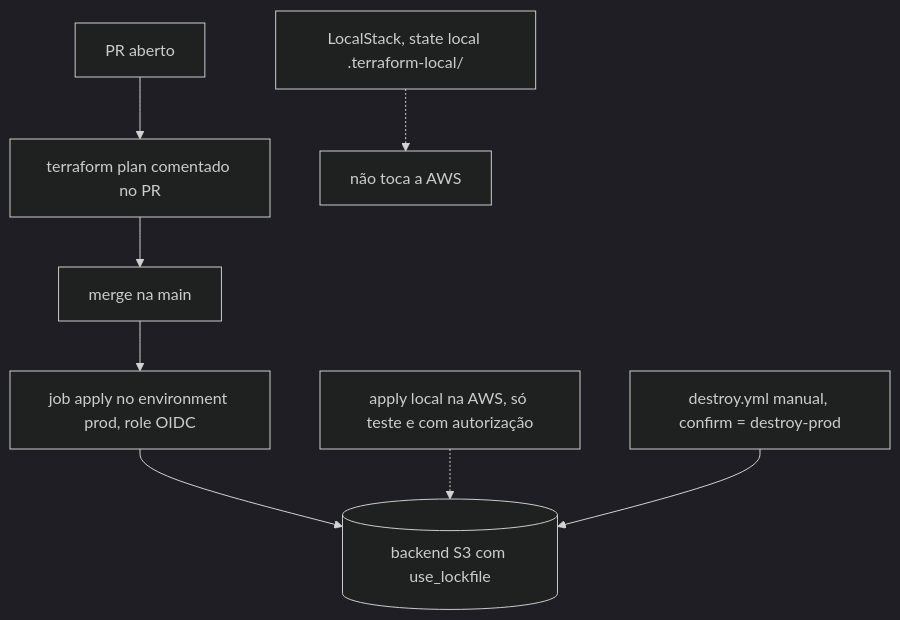
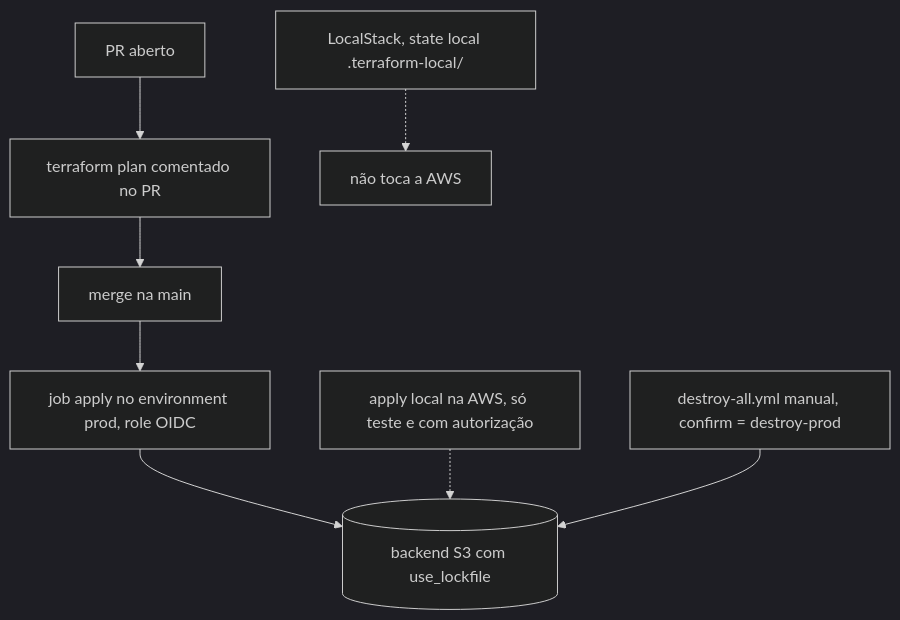
One commit to hackathon-fiap-soat/fiapx-docs changed the diagram in 04-adrs/ADR-016-terraform-apply-somente-via-github-actions.md. Above: the diagram before and after it, drawn with Mermaid (dark theme). The commit also changed other lines of this file and 28 other files, not shown here.

````diff
--- a/04-adrs/ADR-016-terraform-apply-somente-via-github-actions.md
+++ b/04-adrs/ADR-016-terraform-apply-somente-via-github-actions.md
@@ -36,10 +36,10 @@
 ```mermaid
 flowchart TD
   PR["PR aberto"] --> PLAN["terraform plan comentado no PR"]
   PLAN --> MERGE["merge na main"]
   MERGE --> APPLY["job apply no environment prod, role OIDC"]
   APPLY --> STATE[("backend S3 com use_lockfile")]
   LOCAL["apply local na AWS, só teste e com autorização"] -.-> STATE
   LS["LocalStack, state local .terraform-local/"] -.-> LSONLY["não toca a AWS"]
-  DESTROY["destroy.yml manual, confirm = destroy-prod"] --> STATE
+  DESTROY["destroy-all.yml manual, confirm = destroy-prod"] --> STATE
 ```
````
